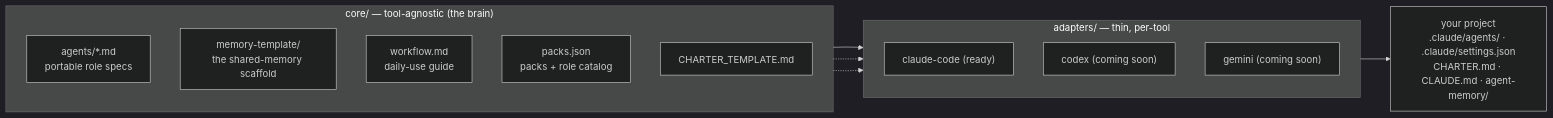
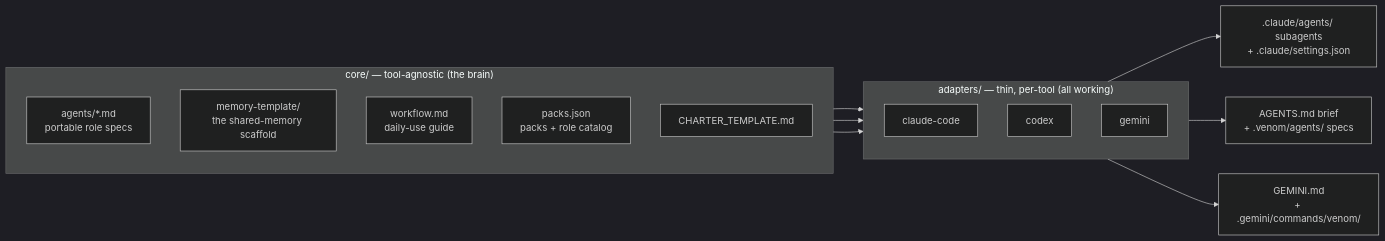
The first of 4 diagrams in docs/ARCHITECTURE.md (Sahith59/VeNom), drawn with Mermaid (dark theme) before and after one commit. The commit also changed other lines of this file and 2 other files, not shown here.

Commit message:
docs: describe three working adapters
README, ARCHITECTURE, and CONTRIBUTING now cover Claude Code, Codex, and Gemini,
with the honest note that per-role tool enforcement is tool-level on Claude Code
and instruction-level (plus the tool's own sandbox) on Codex and Gemini.

````diff
--- a/docs/ARCHITECTURE.md
+++ b/docs/ARCHITECTURE.md
@@ -15,21 +15,23 @@
 ```mermaid
 flowchart LR
     subgraph CORE["core/ — tool-agnostic (the brain)"]
       direction TB
       AG["agents/*.md<br/>portable role specs"]
       MM["memory-template/<br/>the shared-memory scaffold"]
       WF["workflow.md<br/>daily-use guide"]
       PK["packs.json<br/>packs + role catalog"]
       CH["CHARTER_TEMPLATE.md"]
     end
-    subgraph ADP["adapters/ — thin, per-tool"]
+    subgraph ADP["adapters/ — thin, per-tool (all working)"]
       direction TB
-      CC["claude-code (ready)"]
-      CX["codex (coming soon)"]
-      GM["gemini (coming soon)"]
+      CC["claude-code"]
+      CX["codex"]
+      GM["gemini"]
     end
     CORE --> CC
-    CORE -.-> CX
-    CORE -.-> GM
-    CC --> OUT["your project<br/>.claude/agents/ · .claude/settings.json<br/>CHARTER.md · CLAUDE.md · agent-memory/"]
+    CORE --> CX
+    CORE --> GM
+    CC --> O1[".claude/agents/ subagents<br/>+ .claude/settings.json"]
+    CX --> O2["AGENTS.md brief<br/>+ .venom/agents/ specs"]
+    GM --> O3["GEMINI.md<br/>+ .gemini/commands/venom/"]
 ```
````
